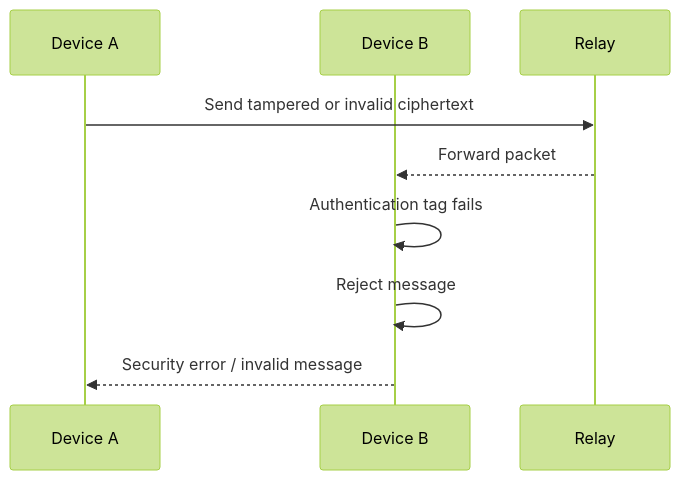
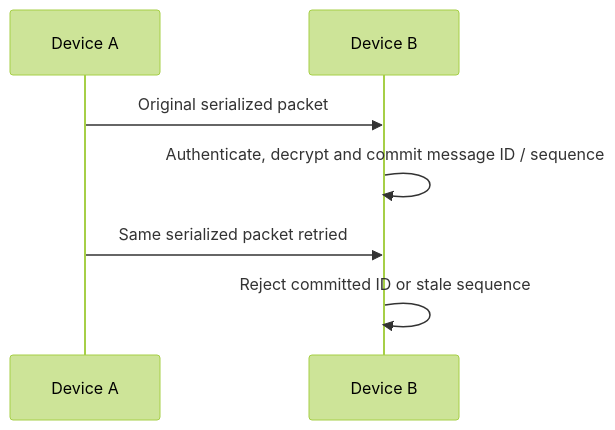
The third of 3 diagrams in docs/protocol/message-flow.md (Ganesh5927/echat), drawn with Mermaid (forest theme) before and after one commit. The commit also changed other lines of this file and 20 other files, not shown here.

````diff
--- a/docs/protocol/message-flow.md
+++ b/docs/protocol/message-flow.md
@@ -153,12 +51,10 @@
 ```mermaid
 sequenceDiagram
     participant A as Device A
     participant B as Device B
-    participant R as Relay
 
-    A->>R: Send tampered or invalid ciphertext
-    R-->>B: Forward packet
-    B->>B: Authentication tag fails
-    B->>B: Reject message
-    B-->>A: Security error / invalid message
+    A->>B: Original serialized packet
+    B->>B: Authenticate, decrypt and commit message ID / sequence
+    A->>B: Same serialized packet retried
+    B->>B: Reject committed ID or stale sequence
 ```
````
